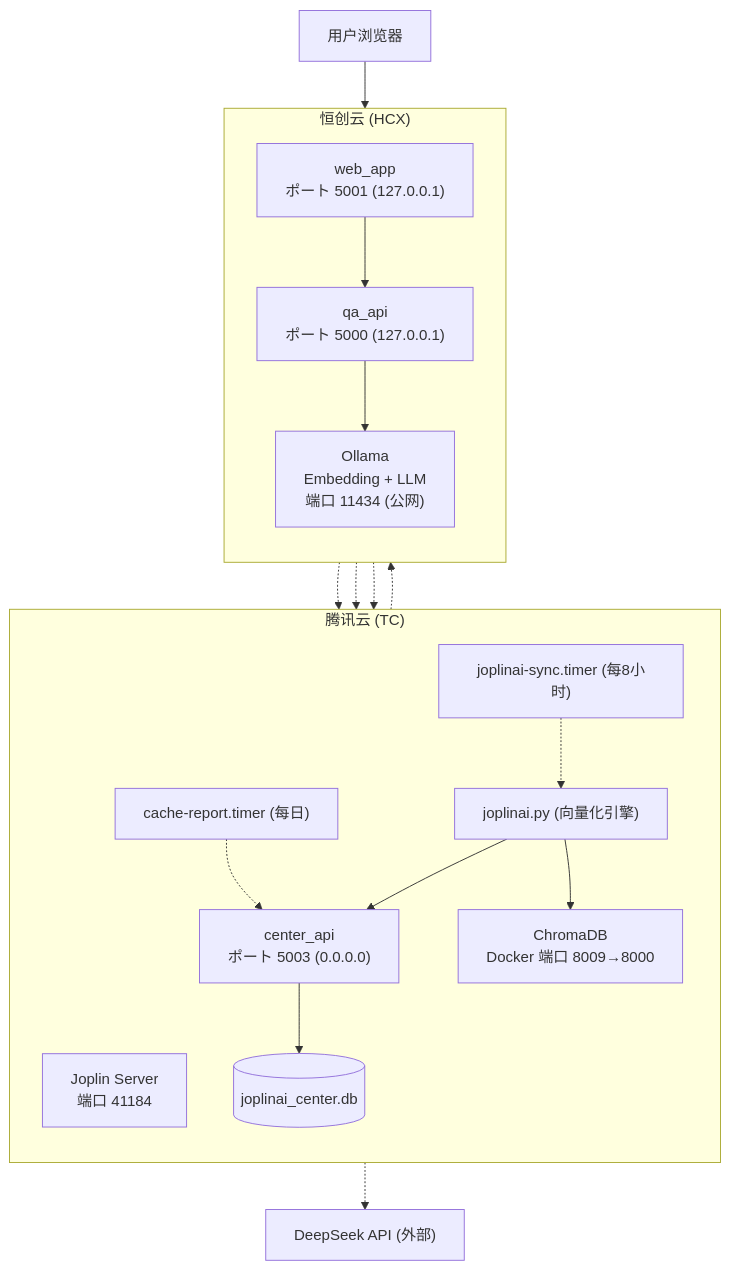
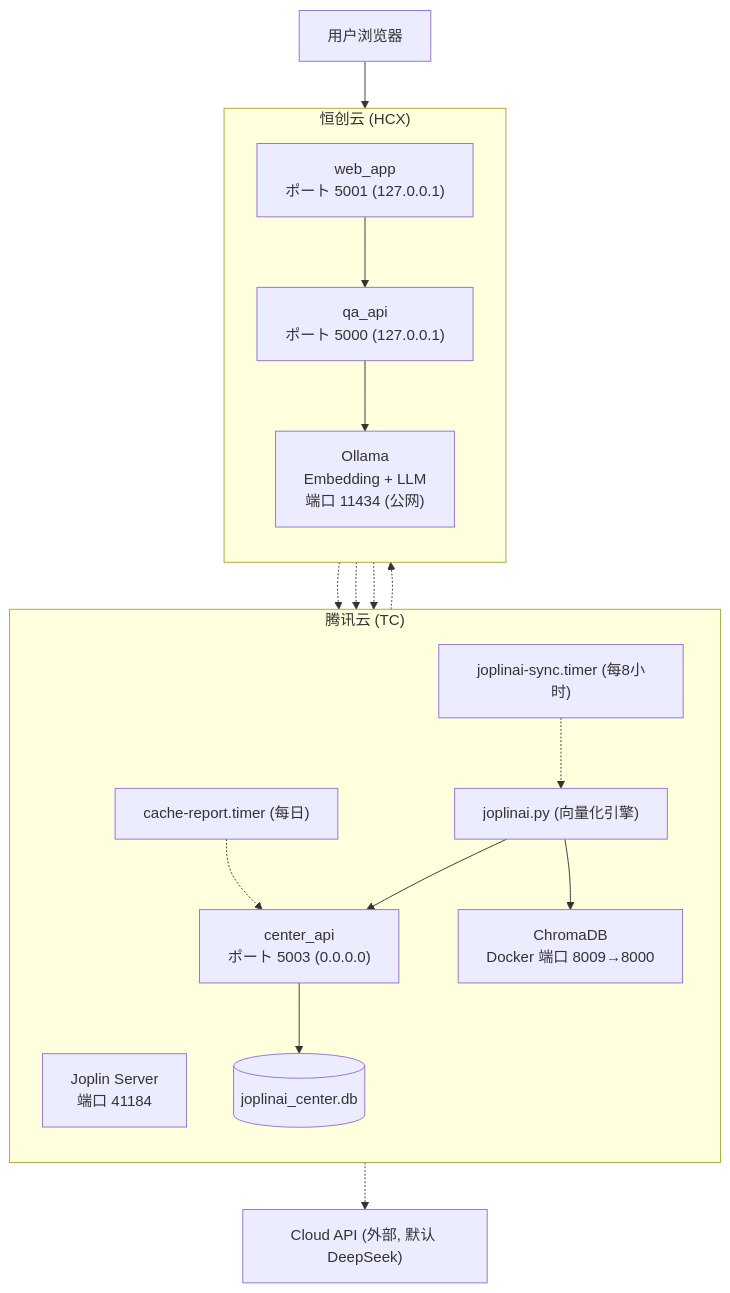
One commit to heart5/joplinai changed the first of 10 diagrams in docs/TECHNICAL_MANUAL.md. Above: the diagram before and after it, drawn with Mermaid. The commit also changed other lines of this file and 3 other files, not shown here.

````diff
--- a/docs/TECHNICAL_MANUAL.md
+++ b/docs/TECHNICAL_MANUAL.md
@@ -27,39 +27,39 @@
 ```mermaid
 flowchart TB
     subgraph TC["腾讯云 (TC)"]
         direction TB
         TC_JOPLIN["Joplin Server<br/>端口 41184"]
         TC_CHROMA["ChromaDB<br/>Docker 端口 8009→8000"]
         TC_CENTER["center_api<br/>ポート 5003 (0.0.0.0)"]
         TC_SQLITE[("joplinai_center.db")]
         TC_TIMER_SYNC["joplinai-sync.timer (每8小时)"]
         TC_TIMER_REPORT["cache-report.timer (每日)"]
         TC_CLI["joplinai.py (向量化引擎)"]
 
         TC_CENTER --> TC_SQLITE
         TC_TIMER_SYNC -.-> TC_CLI
         TC_TIMER_REPORT -.-> TC_CENTER
         TC_CLI --> TC_CHROMA
         TC_CLI --> TC_CENTER
     end
 
     subgraph HCX["恒创云 (HCX)"]
         direction TB
         HCX_OLLAMA["Ollama<br/>Embedding + LLM<br/>端口 11434 (公网)"]
         HCX_QA["qa_api<br/>ポート 5000 (127.0.0.1)"]
         HCX_WEB["web_app<br/>ポート 5001 (127.0.0.1)"]
 
         HCX_QA --> HCX_OLLAMA
         HCX_WEB --> HCX_QA
     end
 
-    DEEPSEEK["DeepSeek API (外部)"]
+    CLOUD["Cloud API (外部, 默认 DeepSeek)"]
     USERS["用户浏览器"]
 
     USERS --> HCX_WEB
     HCX_QA -.-> TC_CENTER
     HCX_QA -.-> TC_CHROMA
     HCX_WEB -.-> TC_CENTER
     TC_CLI -.-> HCX_OLLAMA
-    TC_CLI -.-> DEEPSEEK
+    TC_CLI -.-> CLOUD
 ```
````
